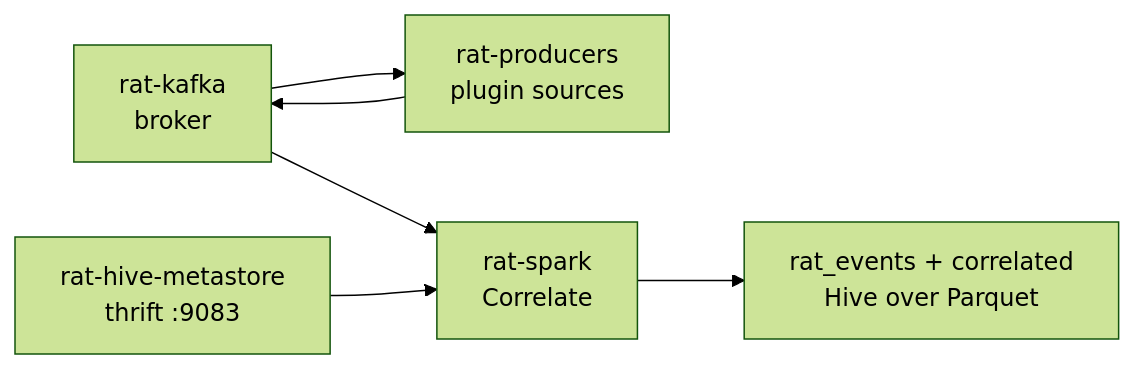
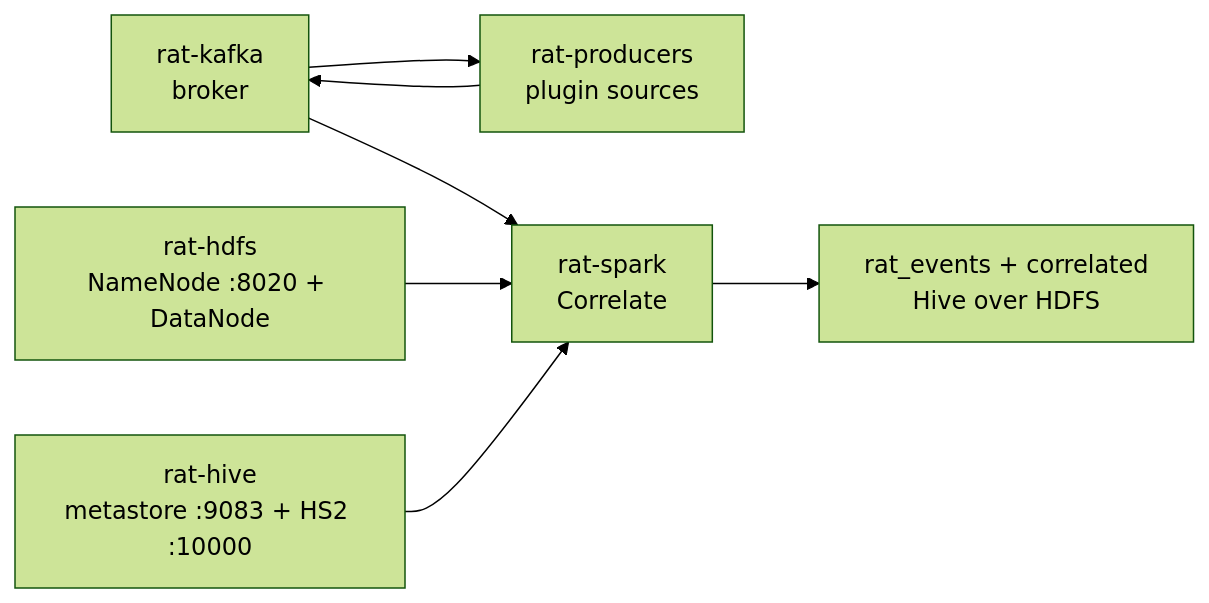
One commit to daschinmoy21/rat changed the diagram in docs/ops.md. Above: the diagram before and after it, drawn with Mermaid (forest theme). The commit also changed other lines of this file and 13 other files, not shown here.

First line of the commit message:
Add real HDFS + HiveServer2 storage stack

````diff
--- a/docs/ops.md
+++ b/docs/ops.md
@@ -9,8 +9,9 @@
 ```mermaid
 flowchart LR
   K["rat-kafka<br/>broker"] --> P["rat-producers<br/>plugin sources"]
   K --> S["rat-spark<br/>Correlate"]
-  M["rat-hive-metastore<br/>thrift :9083"] --> S
+  H["rat-hdfs<br/>NameNode :8020 + DataNode"] --> S
+  M["rat-hive<br/>metastore :9083 + HS2 :10000"] --> S
   P --> K
-  S --> H["rat_events + correlated<br/>Hive over Parquet"]
+  S --> T["rat_events + correlated<br/>Hive over HDFS"]
 ```
````
